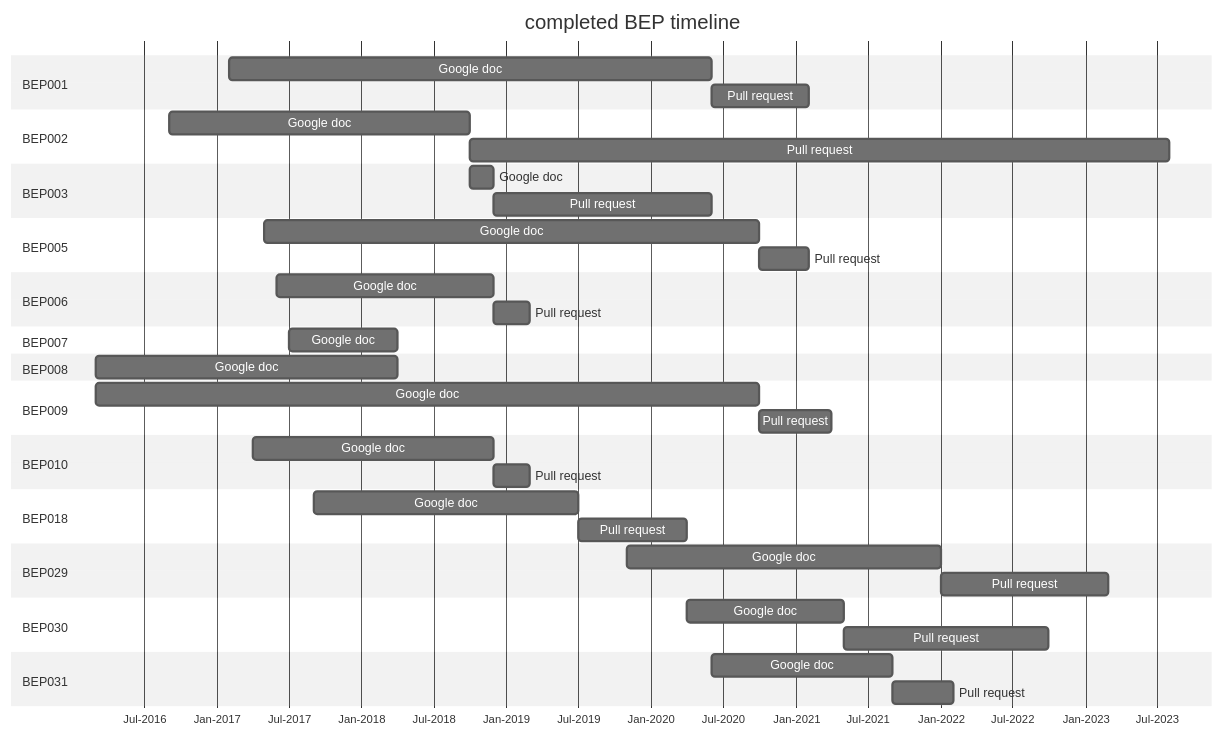
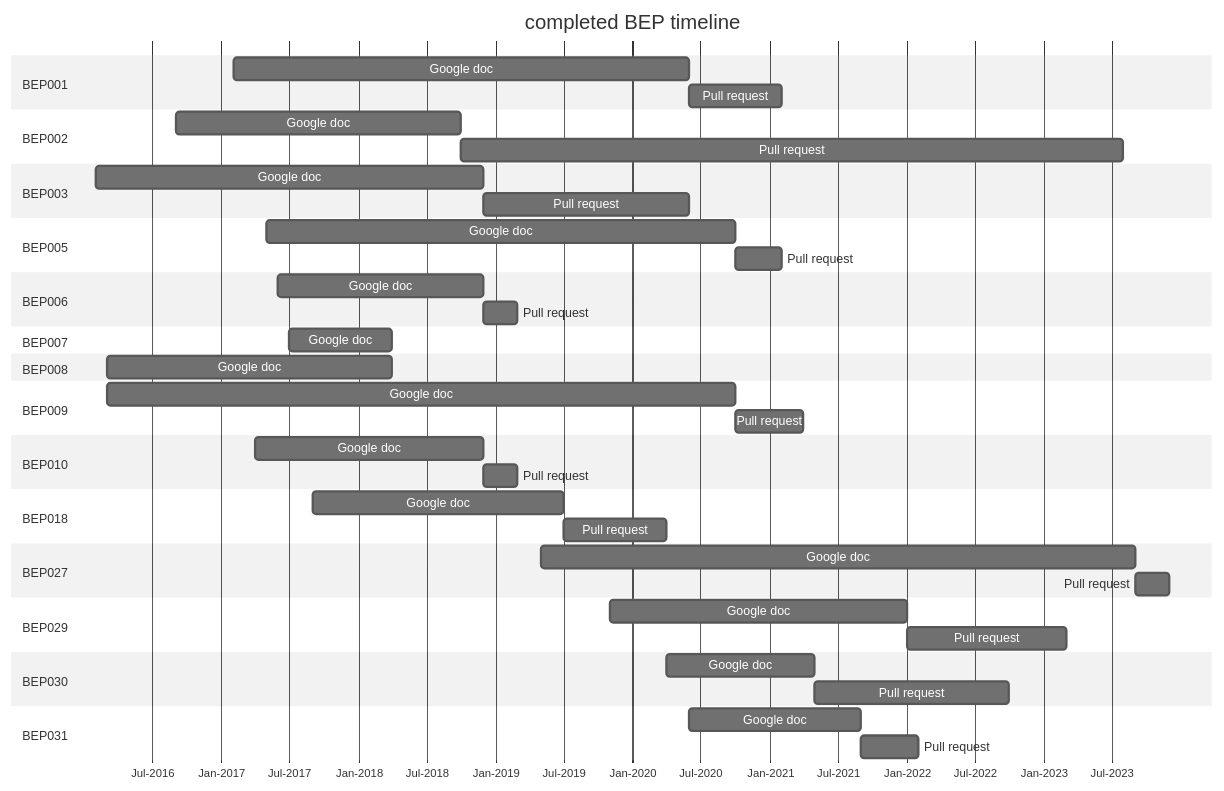
Before and after one commit to bids-standard/bids-website: the diagram in _pages/get_involved.md, drawn with Mermaid (neutral theme). The commit also changed 2 other files, not shown here.

Commit message:
close bids app bep

````diff
--- a/_pages/get_involved.md
+++ b/_pages/get_involved.md
@@ -69,44 +69,47 @@
 ```mermaid
 gantt
     title completed BEP timeline
     dateFormat YYYY-MM
     tickInterval 6month
     axisFormat %b-%Y
     section BEP001
             Google doc    :2017-02, 2020-06
             Pull request  :2020-06, 2021-02
     section BEP002
             Google doc    :2016-09, 2018-10
             Pull request  :2018-10, 2023-08
     section BEP003
-            Google doc    :2018-10, 2018-12
+            Google doc    :2016-02, 2018-12
             Pull request  :2018-12, 2020-06
     section BEP005
             Google doc    :2017-05, 2020-10
             Pull request  :2020-10, 2021-02
     section BEP006
             Google doc    :2017-06, 2018-12
             Pull request  :2018-12, 2019-03
     section BEP007
             Google doc    :2017-07, 2018-04
     section BEP008
             Google doc    :2016-03, 2018-04
     section BEP009
             Google doc    :2016-03, 2020-10
             Pull request  :2020-10, 2021-04
     section BEP010
             Google doc    :2017-04, 2018-12
             Pull request  :2018-12, 2019-03
     section BEP018
             Google doc    :2017-09, 2019-07
             Pull request  :2019-07, 2020-04
+    section BEP027
+            Google doc    :2019-05, 2023-09
+            Pull request  :2023-09, 2023-12
     section BEP029
             Google doc    :2019-11, 2022-01
             Pull request  :2022-01, 2023-03
     section BEP030
             Google doc    :2020-04, 2021-05
             Pull request  :2021-05, 2022-10
     section BEP031
             Google doc    :2020-06, 2021-09
             Pull request  :2021-09, 2022-02
 ```
````
